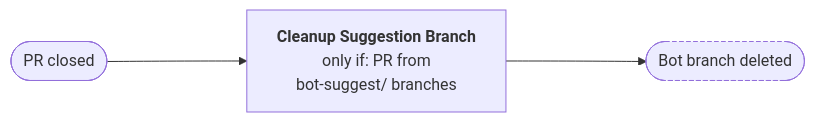
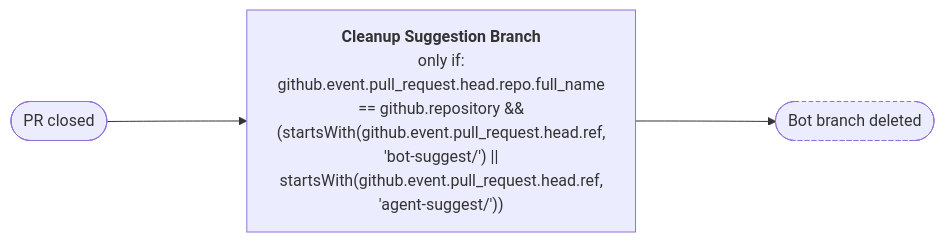
The second of 8 diagrams in .github/workflow-graphs/README.md (nfdi4health/dsSupportClient), drawn with Mermaid before and after one commit. The commit also changed other lines of this file, not shown here.

Commit message:
docs: update workflow diagrams

````diff
--- a/.github/workflow-graphs/README.md
+++ b/.github/workflow-graphs/README.md
@@ -71,10 +71,10 @@
 ```mermaid
 %%{init: {"flowchart": {"rankSpacing": 140, "nodeSpacing": 45}}}%%
 flowchart LR
   ev(["PR closed"])
-  wf_cleanup_suggestion_branch_yml["<b>Cleanup Suggestion Branch</b><br/>only if: PR from<br/>bot-suggest/ branches"]
+  wf_cleanup_suggestion_branch_yml["<b>Cleanup Suggestion Branch</b><br/>only if:<br/>github.event.pull_request.head.repo.full_name<br/>== github.repository &&<br/>(startsWith(github.event.pull_request.head.ref,<br/>'bot-suggest/') ||<br/>startsWith(github.event.pull_request.head.ref,<br/>'agent-suggest/'))"]
   ev --> wf_cleanup_suggestion_branch_yml
   out_1(["Bot branch deleted"]):::outcome
   wf_cleanup_suggestion_branch_yml --> out_1
   classDef outcome stroke-dasharray: 4 3
 ```
````
